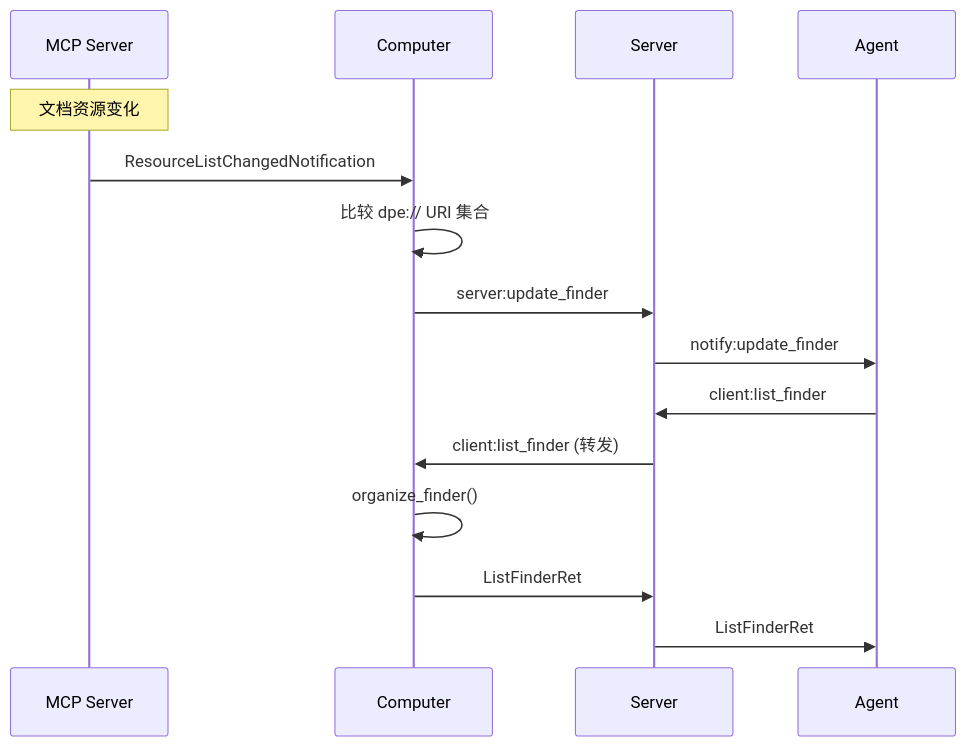
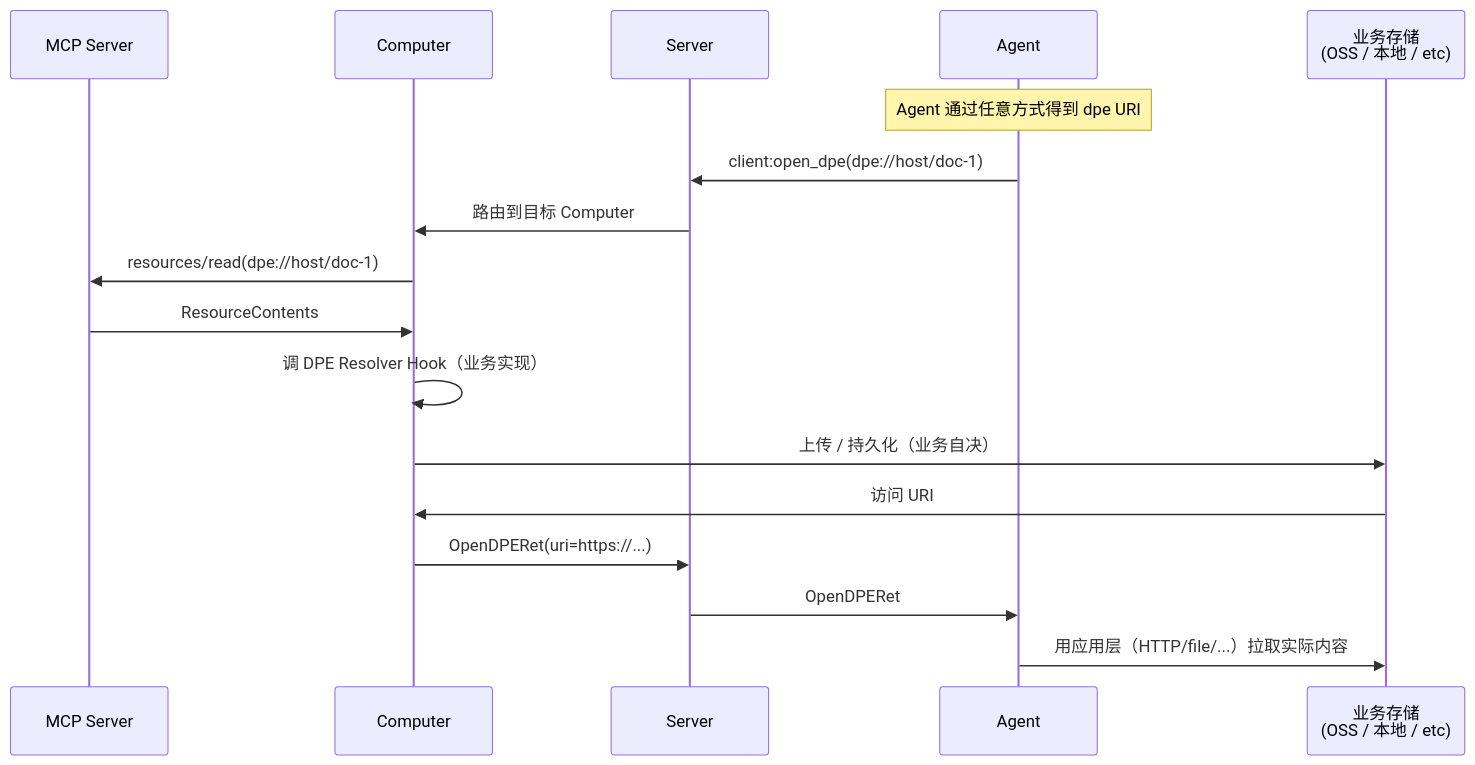
One commit to A2C-SMCP/a2c-smcp-protocol changed the fifth of 5 diagrams in docs/specification/events.md. Above: the diagram before and after it, drawn with Mermaid. The commit also changed other lines of this file and 10 other files, not shown here.

````diff
--- a/docs/specification/events.md
+++ b/docs/specification/events.md
@@ -602,18 +551,20 @@
 ```mermaid
 sequenceDiagram
     participant M as MCP Server
     participant C as Computer
     participant S as Server
     participant A as Agent
+    participant Store as 业务存储<br/>(OSS / 本地 / etc)
 
-    Note over M: 文档资源变化
-    M->>C: ResourceListChangedNotification
-    C->>C: 比较 dpe:// URI 集合
-    C->>S: server:update_finder
-    S->>A: notify:update_finder
-    A->>S: client:list_finder
-    S->>C: client:list_finder (转发)
-    C->>C: organize_finder()
-    C->>S: ListFinderRet
-    S->>A: ListFinderRet
+    Note over A: Agent 通过任意方式得到 dpe URI
+    A->>S: client:open_dpe(dpe://host/doc-1)
+    S->>C: 路由到目标 Computer
+    C->>M: resources/read(dpe://host/doc-1)
+    M->>C: ResourceContents
+    C->>C: 调 DPE Resolver Hook（业务实现）
+    C->>Store: 上传 / 持久化（业务自决）
+    Store->>C: 访问 URI
+    C->>S: OpenDPERet(uri=https://...)
+    S->>A: OpenDPERet
+    A->>Store: 用应用层（HTTP/file/...）拉取实际内容
 ```
````
